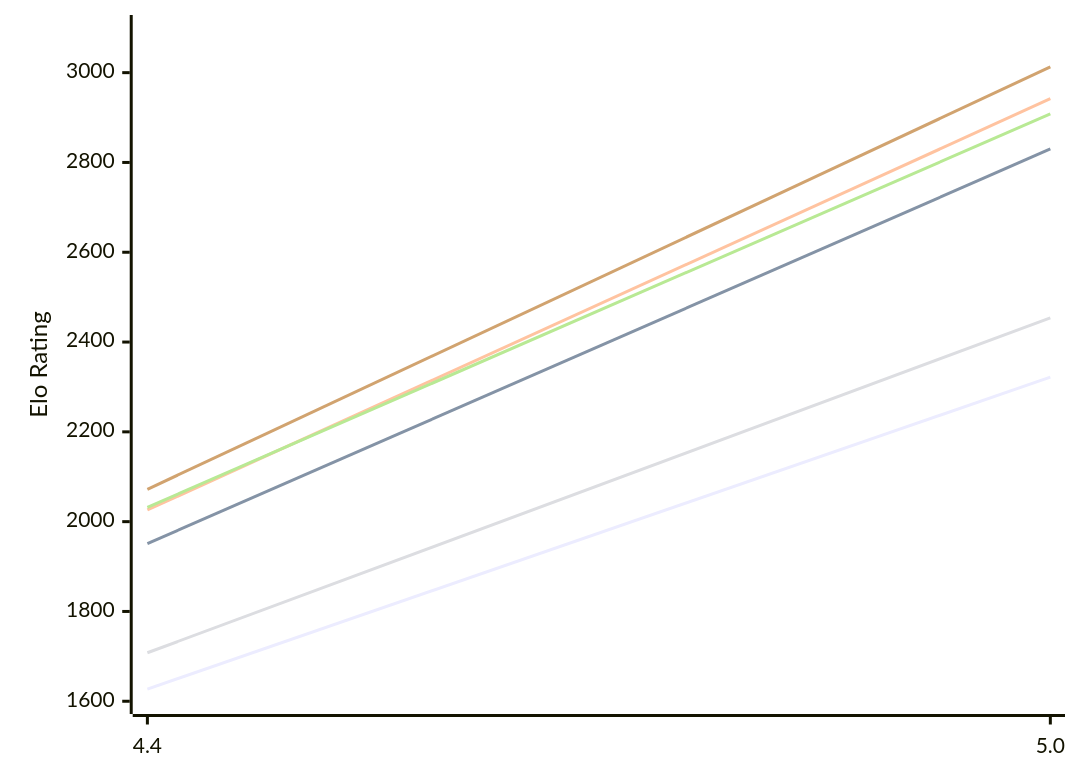
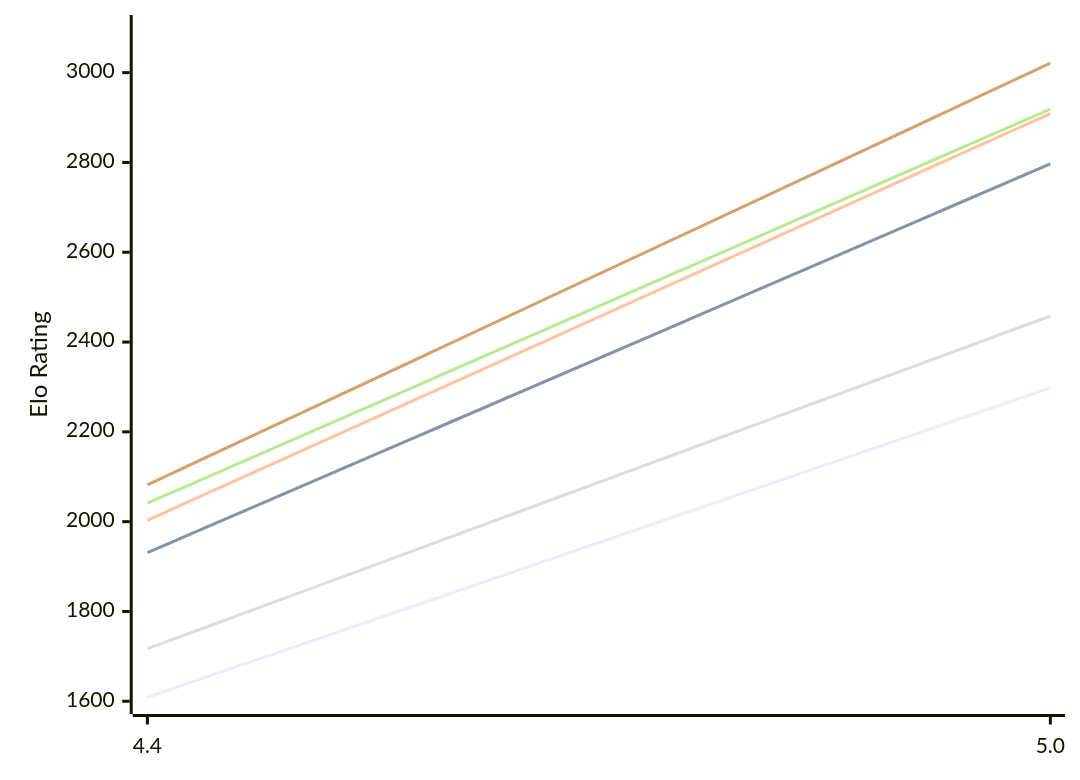
The first of 2 diagrams in engines/Radiance.md (computer-chess-index/cci), drawn with Mermaid before and after one commit. The commit also changed other lines of this file, not shown here.

Commit message:
Update CCI Ratings (ELO VLTC) - 2026-11-12

````diff
--- a/engines/Radiance.md
+++ b/engines/Radiance.md
@@ -51,12 +51,12 @@
 ```mermaid
 %%{init: {"theme":"base","themeVariables":{"seriesColors:['#a3a3a3','#222221','#faa371']}}}%%
 xychart-beta
   x-axis ["4.4", "5.0"]
   y-axis "Elo Rating" 1600 --> 3100
-  line "E1: STC (8.0+0.08s)" [1627, 2322]
-  line "E1: LTC (60.0+0.60s)" [1951, 2830]
-  line "E1: VLTC (2m24s+1.12s)" [2026, 2942]
-  line "P1: STC (8.0+0.08s)" [1708, 2454]
-  line "P1: LTC (60.0+0.60s)" [2032, 2908]
-  line "P1: VLTC (2m24s+1.12s)" [2072, 3013]
+  line "E1: STC (8.0+0.08s)" [1609, 2298]
+  line "E1: LTC (60.0+0.60s)" [1931, 2797]
+  line "E1: VLTC (2m24s+1.12s)" [2003, 2909]
+  line "P1: STC (8.0+0.08s)" [1717, 2458]
+  line "P1: LTC (60.0+0.60s)" [2041, 2919]
+  line "P1: VLTC (2m24s+1.12s)" [2082, 3021]
 ```
````
